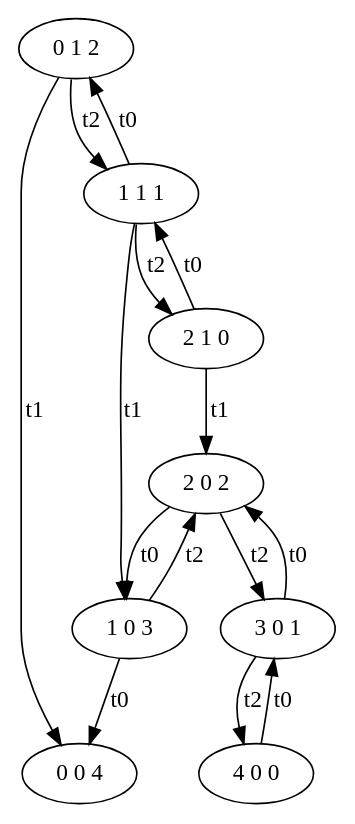
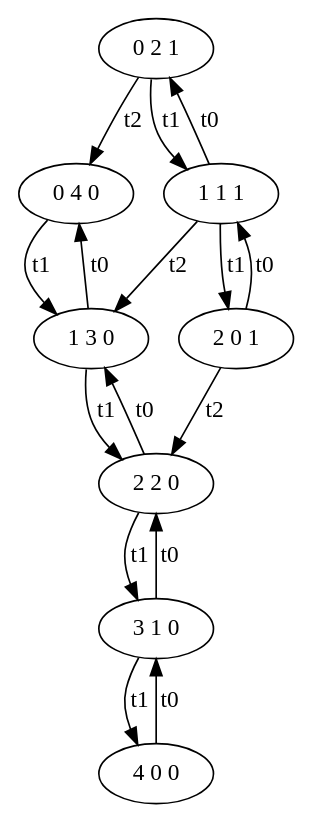
One commit to dlcgold/Appunti changed the diagram in Terzo Anno/Metodi Formali/lab/4/es3/test.dot. Above: the diagram before and after it, drawn with Graphviz. The commit also changed 8 other files, not shown here.

```diff
--- a/Terzo Anno/Metodi Formali/lab/4/es3/test.dot
+++ b/Terzo Anno/Metodi Formali/lab/4/es3/test.dot
@@ -1,16 +1,17 @@
 digraph G {
-"0 1 2" -> "0 0 4" [label="t1"];
-"0 1 2" -> "1 1 1" [label="t2"];
-"1 0 3" -> "0 0 4" [label="t0"];
-"1 0 3" -> "2 0 2" [label="t2"];
-"1 1 1" -> "0 1 2" [label="t0"];
-"1 1 1" -> "1 0 3" [label="t1"];
-"1 1 1" -> "2 1 0" [label="t2"];
-"2 0 2" -> "1 0 3" [label="t0"];
-"2 0 2" -> "3 0 1" [label="t2"];
-"2 1 0" -> "1 1 1" [label="t0"];
-"2 1 0" -> "2 0 2" [label="t1"];
-"3 0 1" -> "2 0 2" [label="t0"];
-"3 0 1" -> "4 0 0" [label="t2"];
-"4 0 0" -> "3 0 1" [label="t0"];
+"0 2 1" -> "0 4 0" [label="t2"];
+"0 2 1" -> "1 1 1" [label="t1"];
+"0 4 0" -> "1 3 0" [label="t1"];
+"1 1 1" -> "0 2 1" [label="t0"];
+"1 1 1" -> "1 3 0" [label="t2"];
+"1 1 1" -> "2 0 1" [label="t1"];
+"1 3 0" -> "0 4 0" [label="t0"];
+"1 3 0" -> "2 2 0" [label="t1"];
+"2 0 1" -> "1 1 1" [label="t0"];
+"2 0 1" -> "2 2 0" [label="t2"];
+"2 2 0" -> "1 3 0" [label="t0"];
+"2 2 0" -> "3 1 0" [label="t1"];
+"3 1 0" -> "2 2 0" [label="t0"];
+"3 1 0" -> "4 0 0" [label="t1"];
+"4 0 0" -> "3 1 0" [label="t0"];
 }
```
